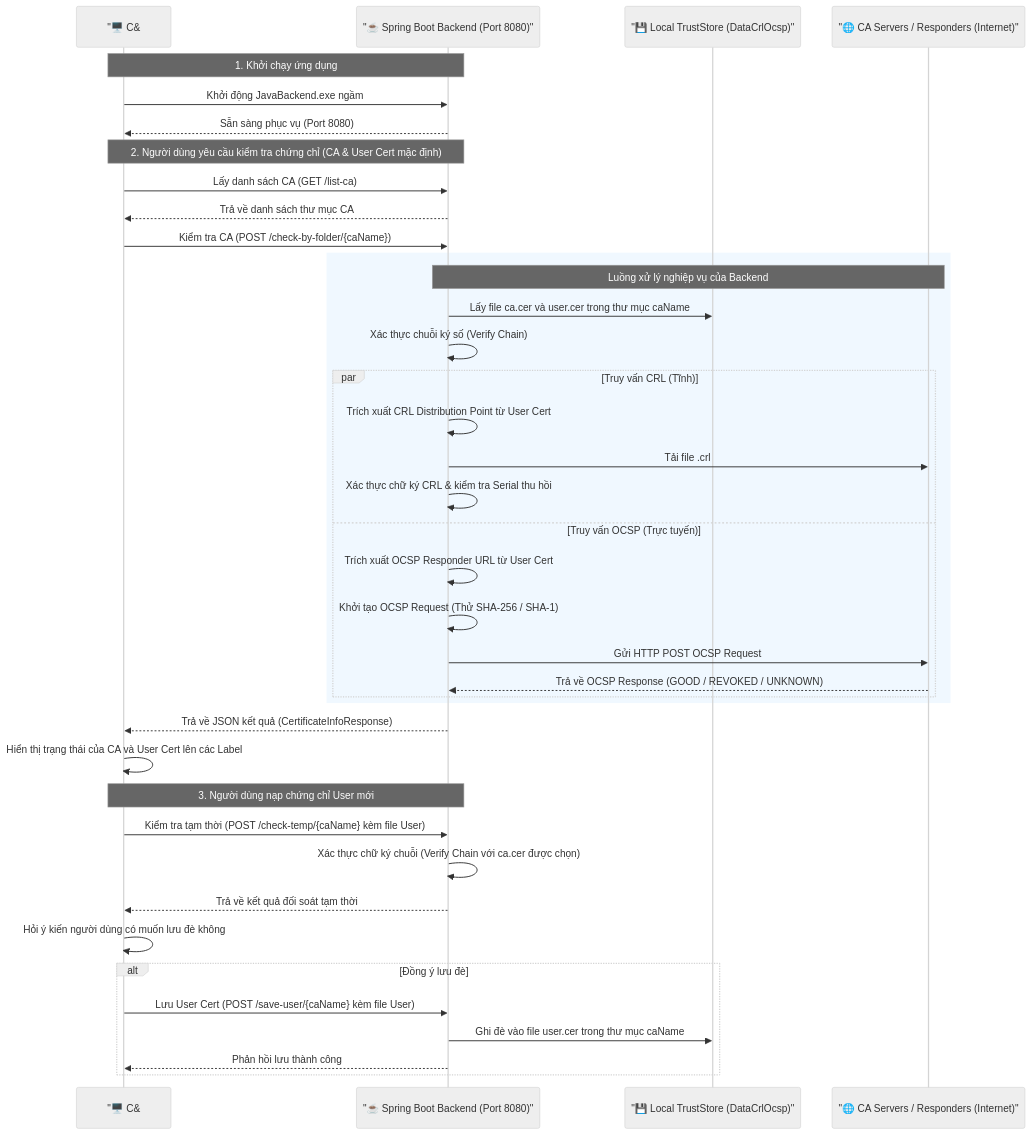
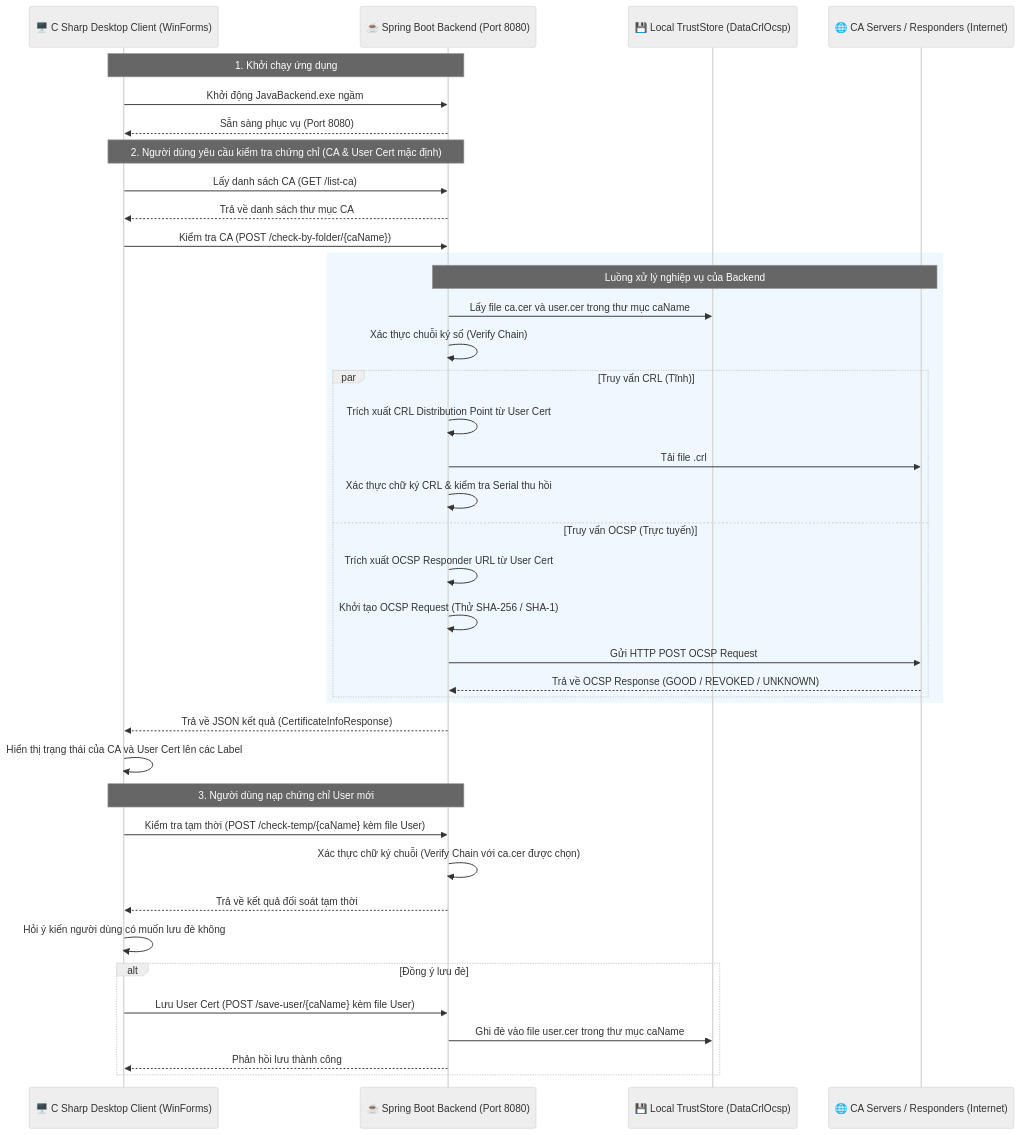
Before and after one commit to ChiHao144/pki-certificate-tool: the diagram in README.md, drawn with Mermaid (neutral theme).

Commit message:
update README.md file

````diff
--- a/README.md
+++ b/README.md
@@ -13,47 +13,47 @@
 ```mermaid
 sequenceDiagram
-    participant Client as "🖥️ C&#35 Desktop Client (WinForms)"
-    participant Backend as "☕ Spring Boot Backend (Port 8080)"
-    participant Local as "💾 Local TrustStore (DataCrlOcsp)"
-    participant CA as "🌐 CA Servers / Responders (Internet)"
+    participant Client as 🖥️ C Sharp Desktop Client (WinForms)
+    participant Backend as ☕ Spring Boot Backend (Port 8080)
+    participant Local as 💾 Local TrustStore (DataCrlOcsp)
+    participant CA as 🌐 CA Servers / Responders (Internet)
 
     Note over Client, Backend: 1. Khởi chạy ứng dụng
     Client->>Backend: Khởi động JavaBackend.exe ngầm
     Backend-->>Client: Sẵn sàng phục vụ (Port 8080)
 
     Note over Client, Backend: 2. Người dùng yêu cầu kiểm tra chứng chỉ (CA & User Cert mặc định)
     Client->>Backend: Lấy danh sách CA (GET /list-ca)
     Backend-->>Client: Trả về danh sách thư mục CA
     Client->>Backend: Kiểm tra CA (POST /check-by-folder/{caName})
     
     rect rgb(240, 248, 255)
         Note over Backend, CA: Luồng xử lý nghiệp vụ của Backend
         Backend->>Local: Lấy file ca.cer và user.cer trong thư mục caName
         Backend->>Backend: Xác thực chuỗi ký số (Verify Chain)
         
         par Truy vấn CRL (Tĩnh)
             Backend->>Backend: Trích xuất CRL Distribution Point từ User Cert
             Backend->>CA: Tải file .crl
             Backend->>Backend: Xác thực chữ ký CRL & kiểm tra Serial thu hồi
         and Truy vấn OCSP (Trực tuyến)
             Backend->>Backend: Trích xuất OCSP Responder URL từ User Cert
             Backend->>Backend: Khởi tạo OCSP Request (Thử SHA-256 / SHA-1)
             Backend->>CA: Gửi HTTP POST OCSP Request
             CA-->>Backend: Trả về OCSP Response (GOOD / REVOKED / UNKNOWN)
         end
     end
 
     Backend-->>Client: Trả về JSON kết quả (CertificateInfoResponse)
     Client->>Client: Hiển thị trạng thái của CA và User Cert lên các Label
 
     Note over Client, Backend: 3. Người dùng nạp chứng chỉ User mới
     Client->>Backend: Kiểm tra tạm thời (POST /check-temp/{caName} kèm file User)
     Backend->>Backend: Xác thực chữ ký chuỗi (Verify Chain với ca.cer được chọn)
     Backend-->>Client: Trả về kết quả đối soát tạm thời
     Client->>Client: Hỏi ý kiến người dùng có muốn lưu đè không
     alt Đồng ý lưu đè
         Client->>Backend: Lưu User Cert (POST /save-user/{caName} kèm file User)
         Backend->>Local: Ghi đè vào file user.cer trong thư mục caName
         Backend-->>Client: Phản hồi lưu thành công
     end
 ```
````
